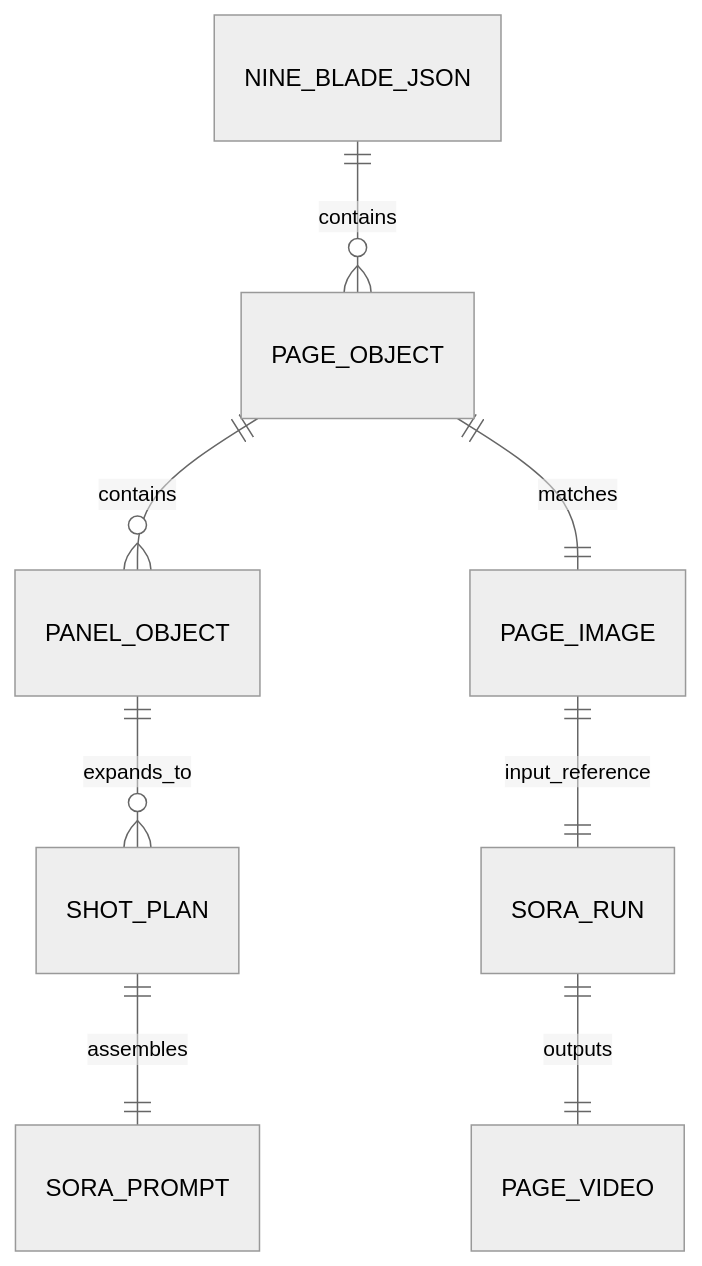
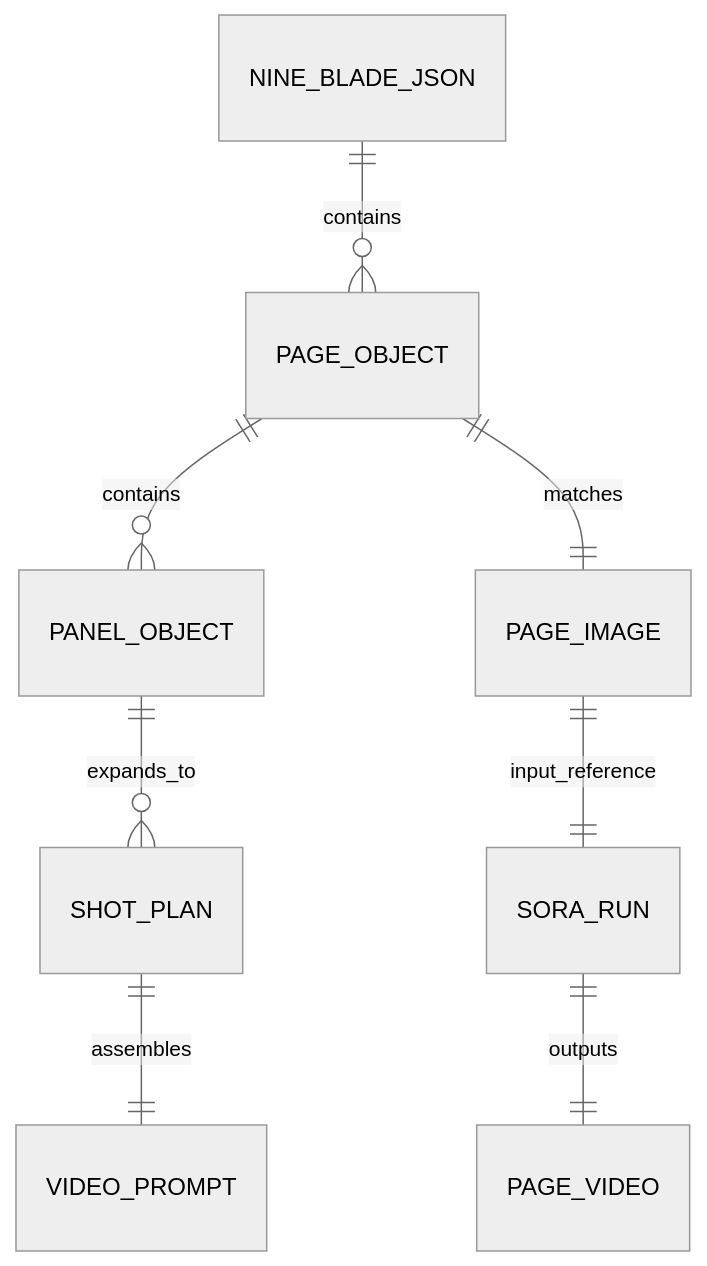
Before and after one commit to ZEN-VOID/AI-CUT: the third of 3 diagrams in .agents/skills/comic/4-动画生成/SKILL.md, drawn with Mermaid (neutral theme). The commit also changed other lines of this file and 332 other files, not shown here.

````diff
--- a/.agents/skills/comic/4-动画生成/SKILL.md
+++ b/.agents/skills/comic/4-动画生成/SKILL.md
@@ -113,10 +121,10 @@
 ```mermaid
 erDiagram
     NINE_BLADE_JSON ||--o{ PAGE_OBJECT : contains
     PAGE_OBJECT ||--o{ PANEL_OBJECT : contains
     PAGE_OBJECT ||--|| PAGE_IMAGE : matches
     PANEL_OBJECT ||--o{ SHOT_PLAN : expands_to
-    SHOT_PLAN ||--|| SORA_PROMPT : assembles
+    SHOT_PLAN ||--|| VIDEO_PROMPT : assembles
     PAGE_IMAGE ||--|| SORA_RUN : input_reference
     SORA_RUN ||--|| PAGE_VIDEO : outputs
 ```
````
